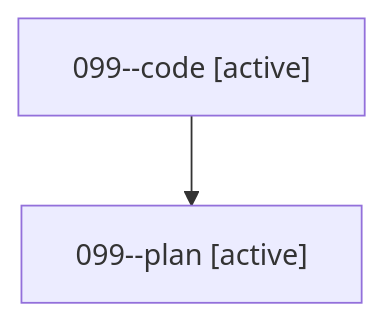
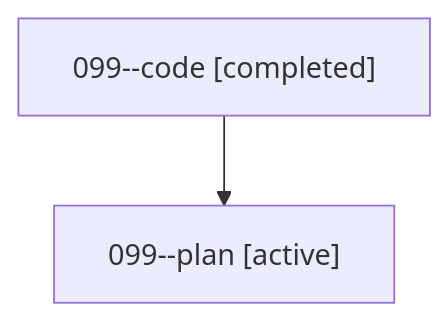
Before and after one commit to sase-org/sase--agents: the diagram in families/bbugyi200.athena.099.md, drawn with Mermaid. The commit also changed other lines of this file and 35830 other files, not shown here.

````diff
--- a/families/bbugyi200.athena.099.md
+++ b/families/bbugyi200.athena.099.md
@@ -9,6 +9,6 @@
 ```mermaid
 flowchart TD
-  n0["099--code [active]"]
+  n0["099--code [completed]"]
   n1["099--plan [active]"]
   n0 --> n1
 ```
````
